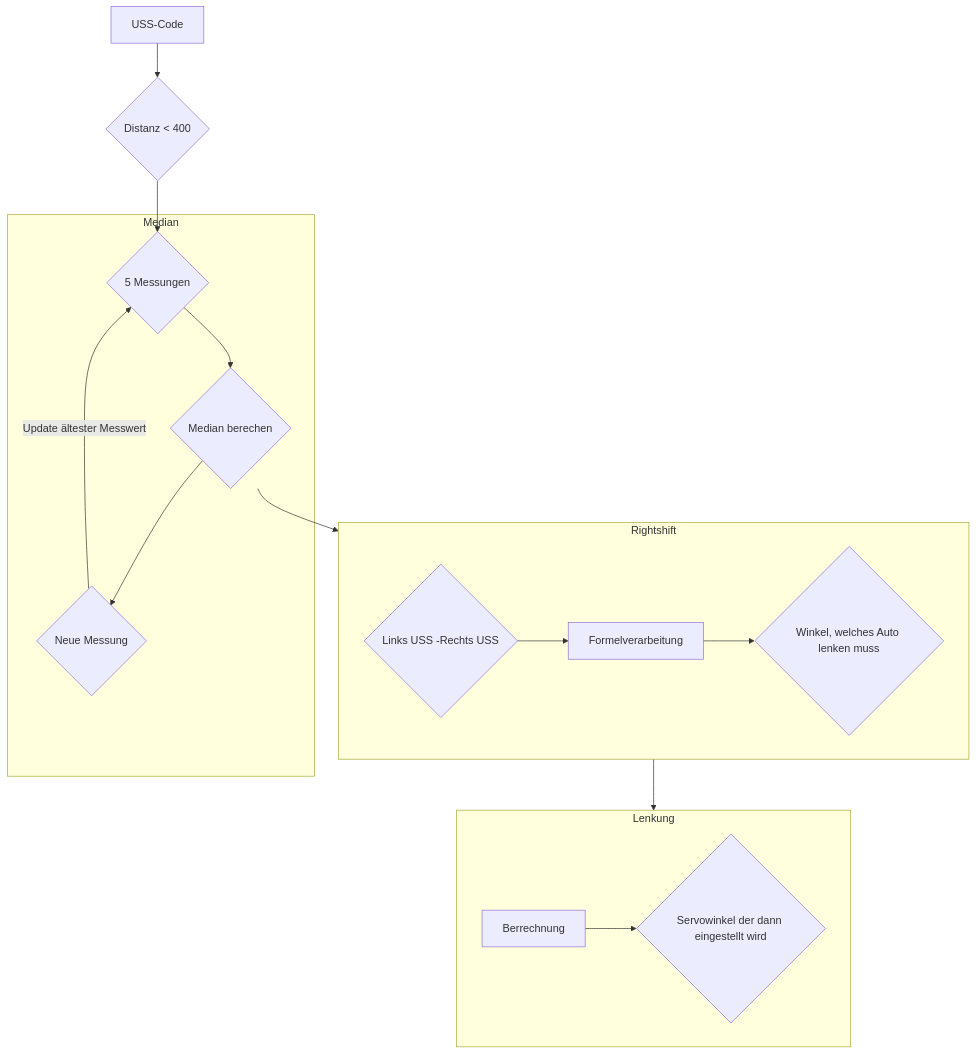
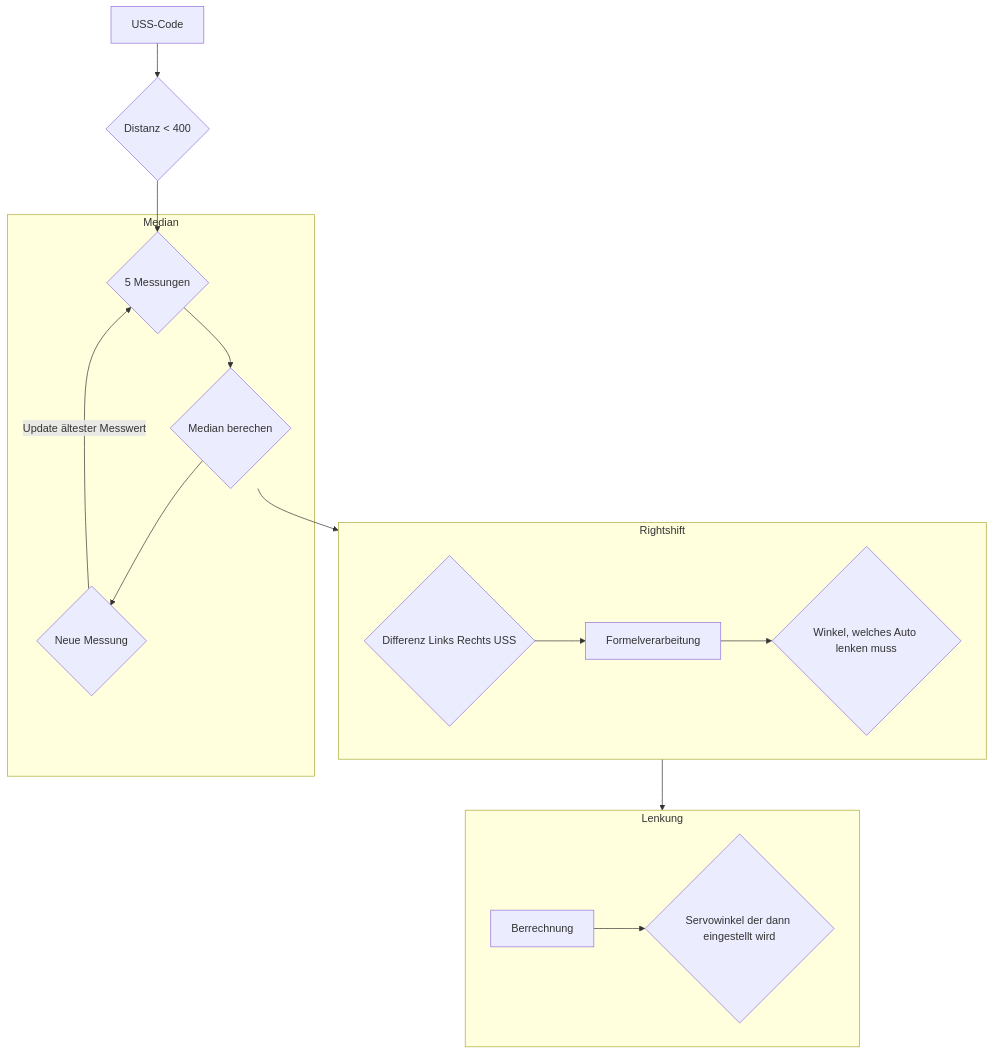
One commit to SchroedingersBit/PfortGTPanama changed the diagram in Programme/Eröffnungsrennen/README.md. Above: the diagram before and after it, drawn with Mermaid.

````diff
--- a/Programme/Eröffnungsrennen/README.md
+++ b/Programme/Eröffnungsrennen/README.md
@@ -5,17 +5,17 @@
 ```mermaid
 flowchart TB;
 USS-Code --> D{Distanz < 400} --> M{5 Messungen};
 subgraph Median
 M-->ME{Median berechen} -->N{Neue Messung} -->|Update ältester Messwert| M;
 end
 ME --> Rightshift;
 
 subgraph Rightshift
-LR{Links USS -Rechts USS} --> Formelverarbeitung --> W{Winkel, welches Auto lenken muss};
+LR{Differenz Links Rechts USS} --> Formelverarbeitung --> W{Winkel, welches Auto lenken muss};
 end
 Rightshift --> Lenkung;
 
 subgraph Lenkung
 Berrechnung --> S{Servowinkel der dann eingestellt wird}
 end
 ```
````
